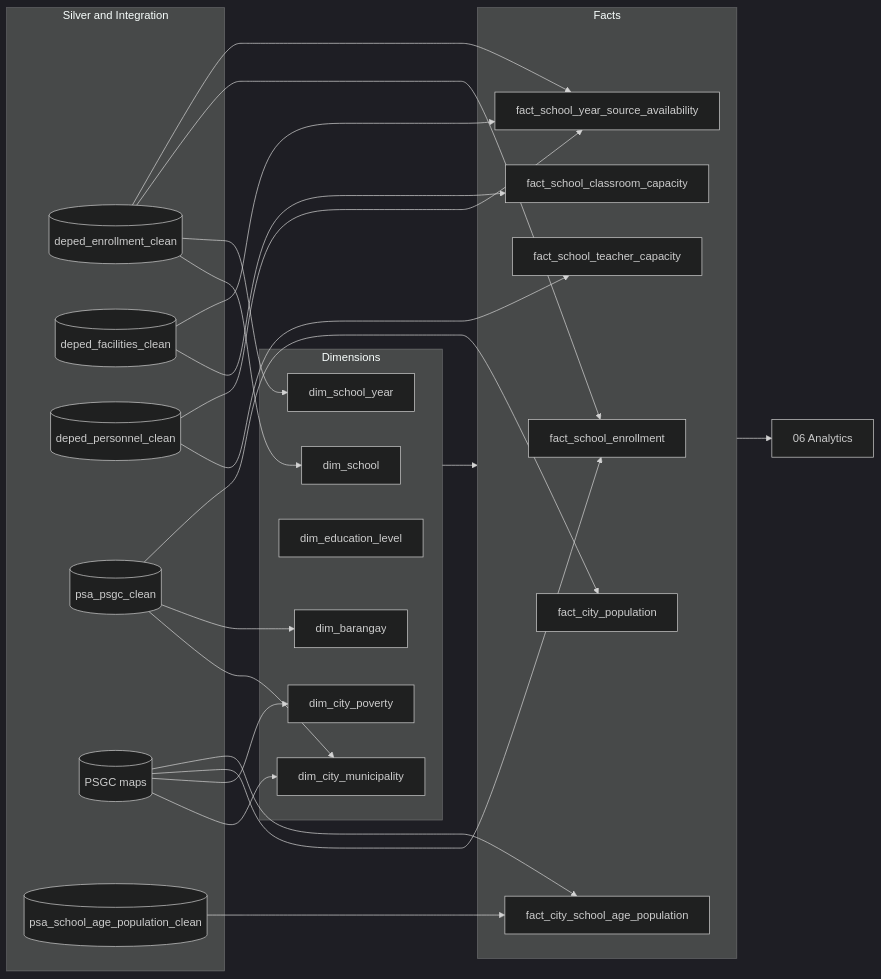
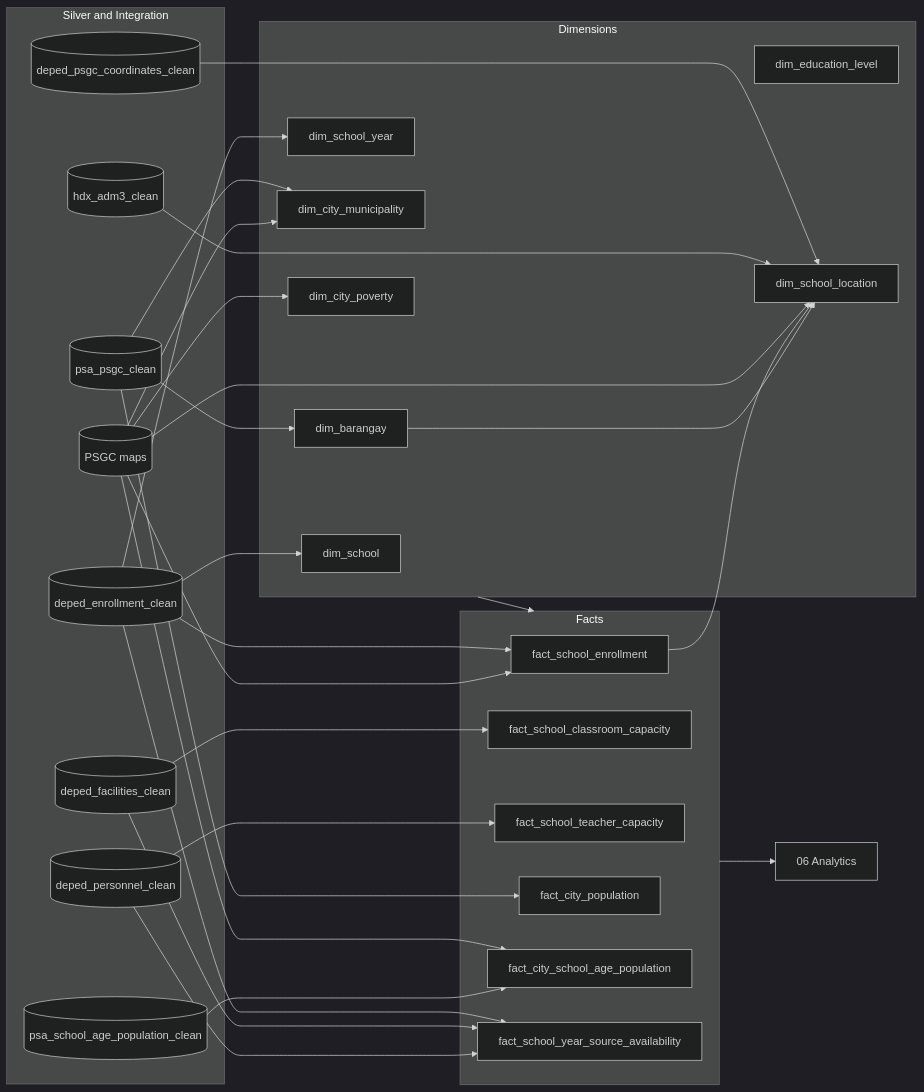
Before and after one commit to reached-hq/edu-access-intelligence: the diagram in etl/05_gold/README.md, drawn with Mermaid (dark theme). The commit also changed other lines of this file and 24 other files, not shown here.

````diff
--- a/etl/05_gold/README.md
+++ b/etl/05_gold/README.md
@@ -10,36 +10,41 @@
 ```mermaid
 flowchart LR
     subgraph inputs[Silver and Integration]
         enroll[(deped_enrollment_clean)]
         fac[(deped_facilities_clean)]
         pers[(deped_personnel_clean)]
         psgc[(psa_psgc_clean)]
         maps[(PSGC maps)]
         age[(psa_school_age_population_clean)]
+        coords[(deped_psgc_coordinates_clean)]
+        hdx[(hdx_adm3_clean)]
     end
     subgraph dims[Dimensions]
         dim_school[dim_school]
         dim_year[dim_school_year]
         dim_level[dim_education_level]
         dim_city[dim_city_municipality]
         dim_bgy[dim_barangay]
         dim_pov[dim_city_poverty]
+        dim_loc[dim_school_location]
     end
     subgraph facts[Facts]
         f_enroll[fact_school_enrollment]
         f_class[fact_school_classroom_capacity]
         f_teach[fact_school_teacher_capacity]
         f_pop[fact_city_population]
         f_age[fact_city_school_age_population]
         f_avail[fact_school_year_source_availability]
     end
     enroll --> dim_school & dim_year & f_enroll
     psgc --> dim_city & dim_bgy & f_pop
     maps --> dim_city & dim_pov & f_enroll & f_age
     fac --> f_class
     pers --> f_teach
     age --> f_age
+    coords & hdx & maps --> dim_loc
+    f_enroll & dim_bgy --> dim_loc
     enroll & fac & pers --> f_avail
     dims --> facts
     facts --> analytics[06 Analytics]
 ```
````
